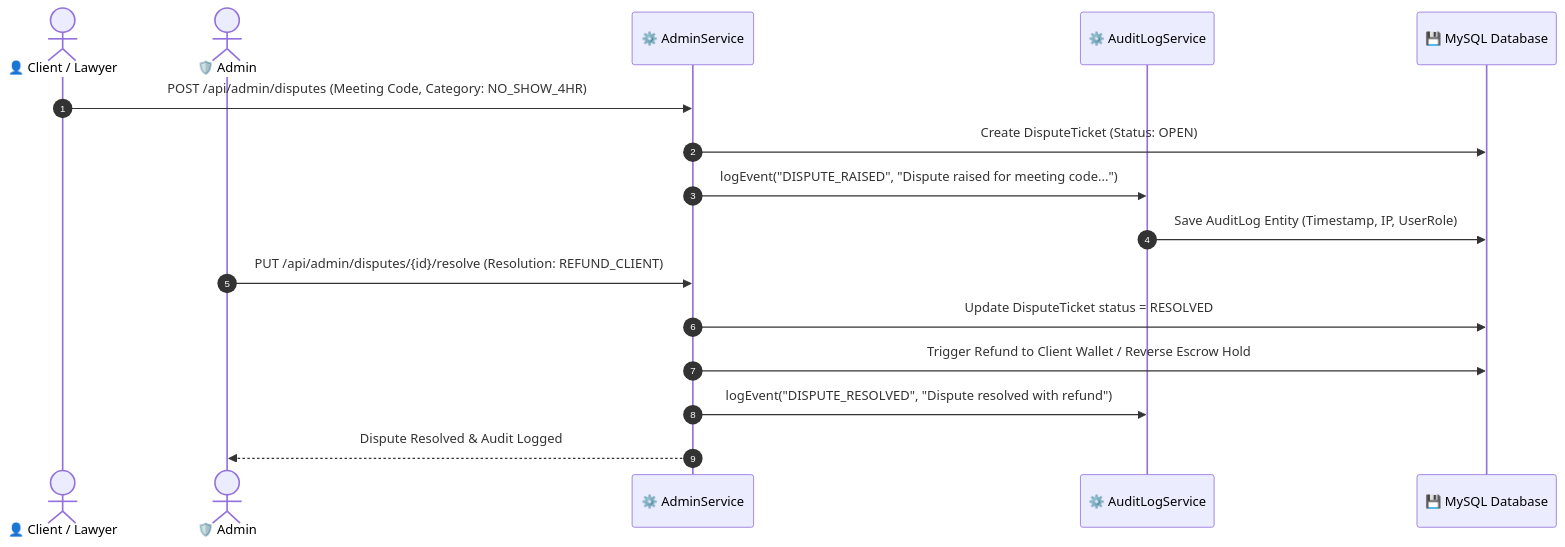
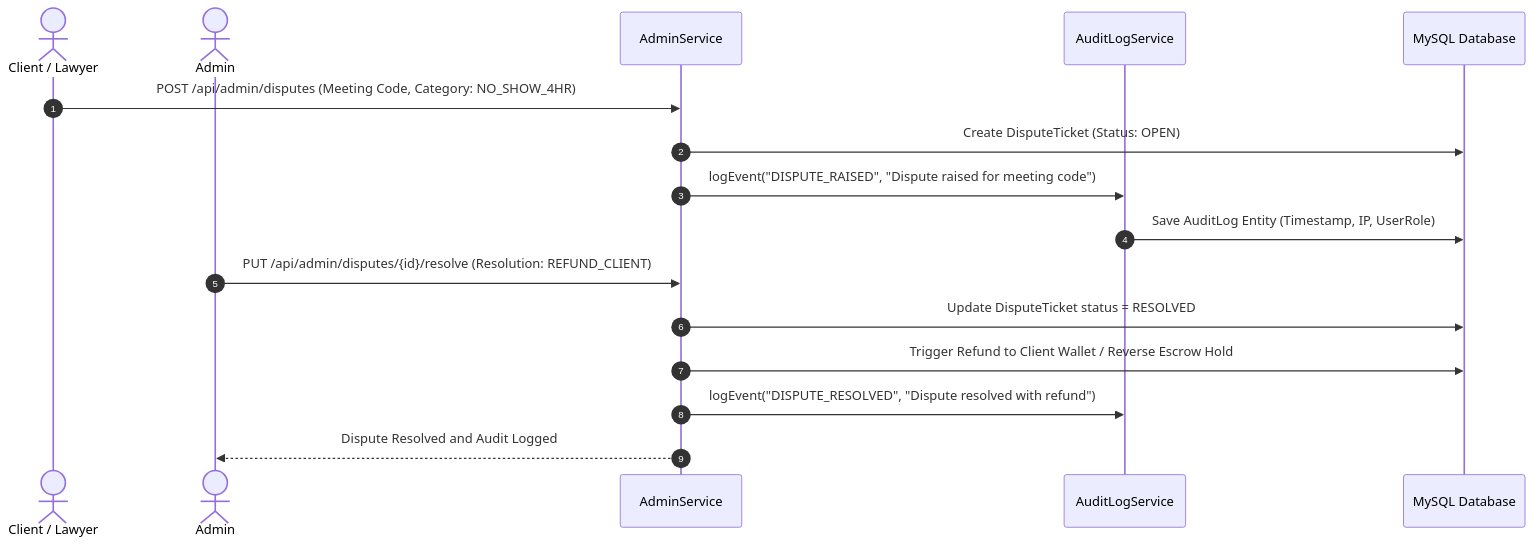
One commit to Shashanklko/Lawino-Meet changed the sixth of 6 diagrams in docs/WORKFLOWS.md. Above: the diagram before and after it, drawn with Mermaid. The commit also changed other lines of this file and 1 other file, not shown here.

Commit message:
fix: Update Mermaid syntax in ARCHITECTURE.md and WORKFLOWS.md for clean GitHub diagram rendering

````diff
--- a/docs/WORKFLOWS.md
+++ b/docs/WORKFLOWS.md
@@ -176,20 +176,20 @@
 ```mermaid
 sequenceDiagram
     autonumber
-    actor User as 👤 Client / Lawyer
-    actor Admin as 🛡️ Admin
-    participant AdminSvc as ⚙️ AdminService
-    participant AuditSvc as ⚙️ AuditLogService
-    participant DB as 💾 MySQL Database
+    actor User as Client / Lawyer
+    actor Admin as Admin
+    participant AdminSvc as AdminService
+    participant AuditSvc as AuditLogService
+    participant DB as MySQL Database
 
     User->>AdminSvc: POST /api/admin/disputes (Meeting Code, Category: NO_SHOW_4HR)
     AdminSvc->>DB: Create DisputeTicket (Status: OPEN)
-    AdminSvc->>AuditSvc: logEvent("DISPUTE_RAISED", "Dispute raised for meeting code...")
+    AdminSvc->>AuditSvc: logEvent("DISPUTE_RAISED", "Dispute raised for meeting code")
     AuditSvc->>DB: Save AuditLog Entity (Timestamp, IP, UserRole)
 
     Admin->>AdminSvc: PUT /api/admin/disputes/{id}/resolve (Resolution: REFUND_CLIENT)
     AdminSvc->>DB: Update DisputeTicket status = RESOLVED
     AdminSvc->>DB: Trigger Refund to Client Wallet / Reverse Escrow Hold
     AdminSvc->>AuditSvc: logEvent("DISPUTE_RESOLVED", "Dispute resolved with refund")
-    AdminSvc-->>Admin: Dispute Resolved & Audit Logged
+    AdminSvc-->>Admin: Dispute Resolved and Audit Logged
 ```
````
